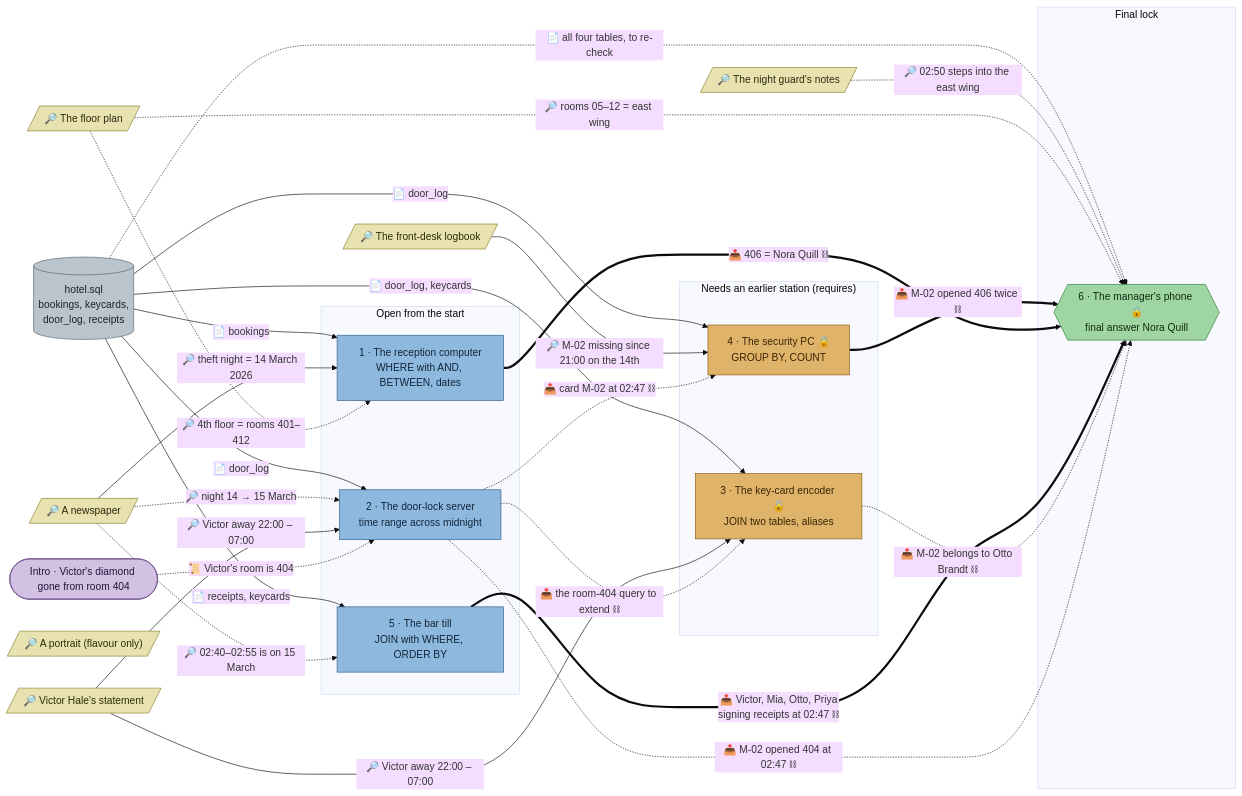
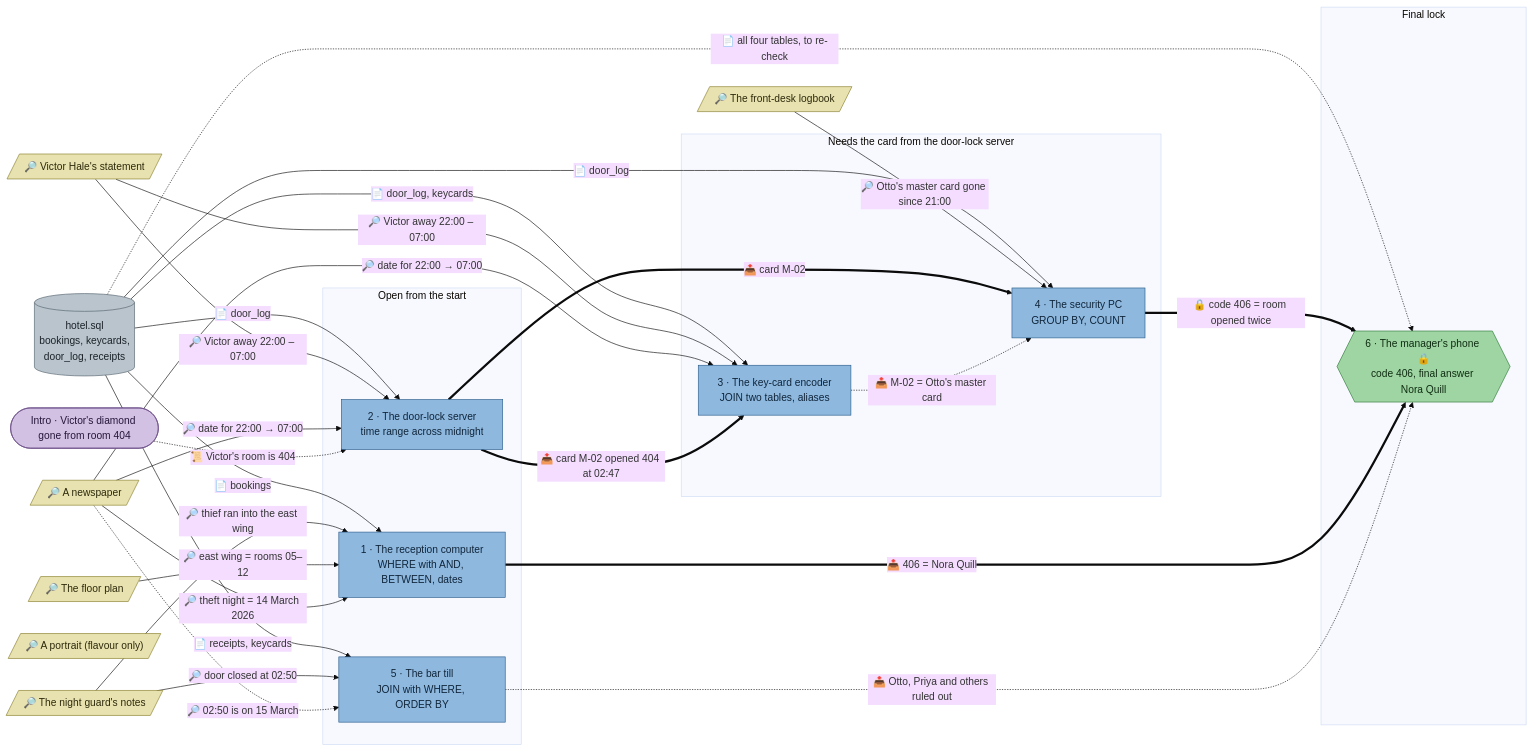
One commit to mhoffmann-wbs/DataScienceEscapeRooms changed the diagram in docs/flows/sql-hotel.md. Above: the diagram before and after it, drawn with Mermaid (base theme). The commit also changed other lines of this file and 5 other files, not shown here.

Commit message:
The Blue Index: logbook no longer names M-02, phone behind a code lock, wing and time from clues

````diff
--- a/docs/flows/sql-hotel.md
+++ b/docs/flows/sql-hotel.md
@@ -5,68 +5,67 @@
 ```mermaid
 flowchart LR
   intro(["Intro · Victor's diamond gone from room 404"])
 
   newspaper[/"🔎 A newspaper"/]
   floorplan[/"🔎 The floor plan"/]
   statement[/"🔎 Victor Hale's statement"/]
   logbook[/"🔎 The front-desk logbook"/]
   guard[/"🔎 The night guard's notes"/]
   painting[/"🔎 A portrait (flavour only)"/]
 
   d_hotel[("hotel.sql<br/>bookings, keycards,<br/>door_log, receipts")]
 
   subgraph p1["Open from the start"]
     reception["1 · The reception computer<br/>WHERE with AND, BETWEEN, dates"]
     doorlog["2 · The door-lock server<br/>time range across midnight"]
     alibis["5 · The bar till<br/>JOIN with WHERE, ORDER BY"]
   end
 
-  subgraph p2["Needs an earlier station (requires)"]
-    cardholders["3 · The key-card encoder 🔒<br/>JOIN two tables, aliases"]
-    mastercard["4 · The security PC 🔒<br/>GROUP BY, COUNT"]
+  subgraph p2["Needs the card from the door-lock server"]
+    cardholders["3 · The key-card encoder<br/>JOIN two tables, aliases"]
+    mastercard["4 · The security PC<br/>GROUP BY, COUNT"]
   end
 
   subgraph p3["Final lock"]
-    accusation{{"6 · The manager's phone 🔒<br/>final answer Nora Quill"}}
+    accusation{{"6 · The manager's phone 🔒<br/>code 406, final answer Nora Quill"}}
   end
 
   d_hotel -->|"📄 bookings"| reception
   d_hotel -->|"📄 door_log"| doorlog
   d_hotel -->|"📄 door_log, keycards"| cardholders
   d_hotel -->|"📄 door_log"| mastercard
   d_hotel -->|"📄 receipts, keycards"| alibis
   d_hotel -.->|"📄 all four tables, to re-check"| accusation
 
+  guard -->|"🔎 thief ran into the east wing"| reception
+  floorplan -->|"🔎 east wing = rooms 05–12"| reception
   newspaper -->|"🔎 theft night = 14 March 2026"| reception
-  floorplan -.->|"🔎 4th floor = rooms 401–412"| reception
-  newspaper -.->|"🔎 night 14 → 15 March"| doorlog
-  newspaper -.->|"🔎 02:40–02:55 is on 15 March"| alibis
   statement -->|"🔎 Victor away 22:00 – 07:00"| doorlog
+  newspaper -->|"🔎 date for 22:00 → 07:00"| doorlog
   statement -->|"🔎 Victor away 22:00 – 07:00"| cardholders
-  logbook -->|"🔎 M-02 missing since 21:00 on the 14th"| mastercard
-  guard -.->|"🔎 02:50 steps into the east wing"| accusation
-  floorplan -.->|"🔎 rooms 05–12 = east wing"| accusation
+  newspaper -->|"🔎 date for 22:00 → 07:00"| cardholders
+  logbook -->|"🔎 Otto's master card gone since 21:00"| mastercard
+  guard -->|"🔎 door closed at 02:50"| alibis
+  newspaper -.->|"🔎 02:50 is on 15 March"| alibis
   intro -.->|"📜 Victor's room is 404"| doorlog
 
-  doorlog -.->|"📤 the room-404 query to extend ⛓"| cardholders
-  doorlog -.->|"📤 card M-02 at 02:47 ⛓"| mastercard
+  doorlog ==>|"📤 card M-02 opened 404 at 02:47"| cardholders
+  doorlog ==>|"📤 card M-02"| mastercard
+  cardholders -.->|"📤 M-02 = Otto's master card"| mastercard
 
-  mastercard ==>|"📤 M-02 opened 406 twice ⛓"| accusation
-  reception ==>|"📤 406 = Nora Quill ⛓"| accusation
-  alibis ==>|"📤 Victor, Mia, Otto, Priya<br/>signing receipts at 02:47 ⛓"| accusation
-  cardholders -.->|"📤 M-02 belongs to Otto Brandt ⛓"| accusation
-  doorlog -.->|"📤 M-02 opened 404 at 02:47 ⛓"| accusation
+  mastercard ==>|"🔒 code 406 = room opened twice"| accusation
+  reception ==>|"📤 406 = Nora Quill"| accusation
+  alibis -.->|"📤 Otto, Priya and others ruled out"| accusation
 
   classDef station fill:#8fb8de,stroke:#2b5d8a,color:#10263b
   classDef locked fill:#e0b36a,stroke:#8a5a12,color:#3a2504
   classDef clue fill:#e8e2b0,stroke:#8a7f2b,color:#2e2a0b
   classDef data fill:#b9c4cc,stroke:#55636e,color:#1c2329
   classDef final fill:#9fd4a3,stroke:#2f7a36,color:#0f2e12
   classDef intro fill:#d3c1e3,stroke:#6a4c86,color:#25163a
-  class reception,doorlog,alibis station
-  class cardholders,mastercard locked
+  class reception,doorlog,alibis,cardholders,mastercard station
   class newspaper,floorplan,statement,logbook,guard,painting clue
   class d_hotel data
   class accusation final
   class intro intro
 ```
````
